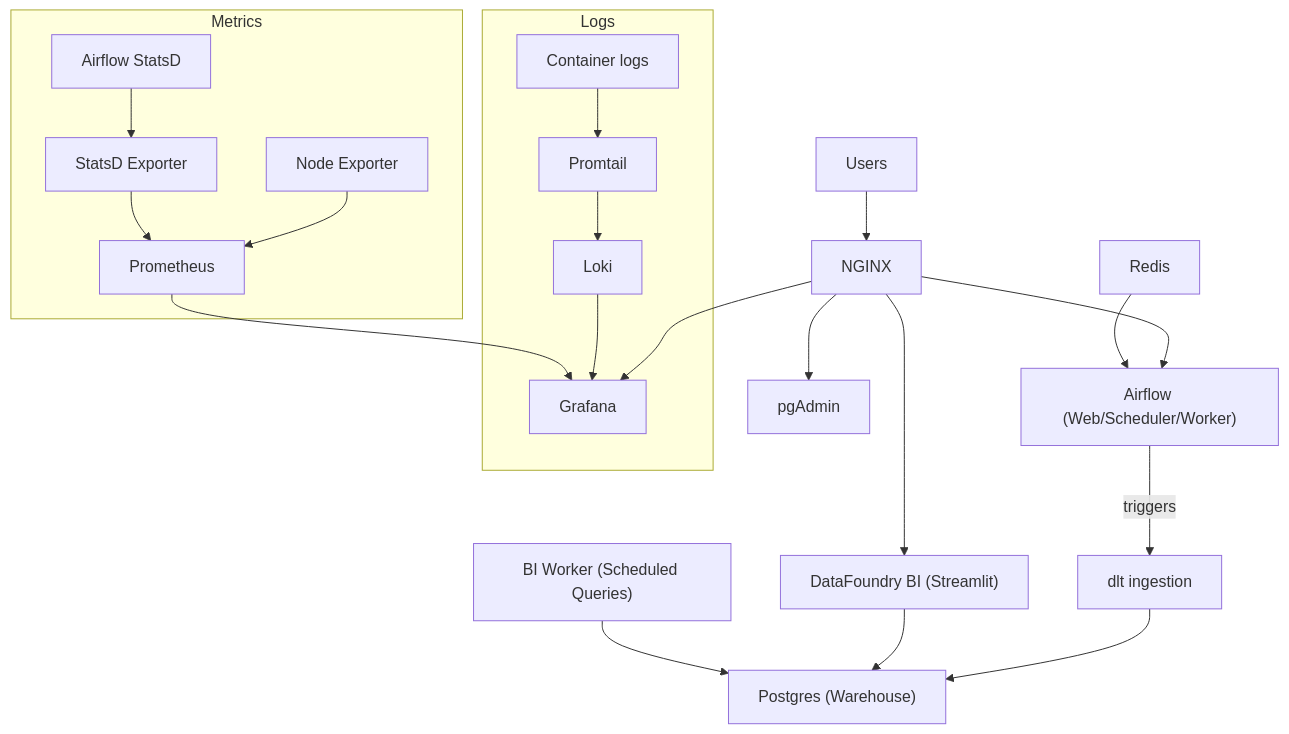
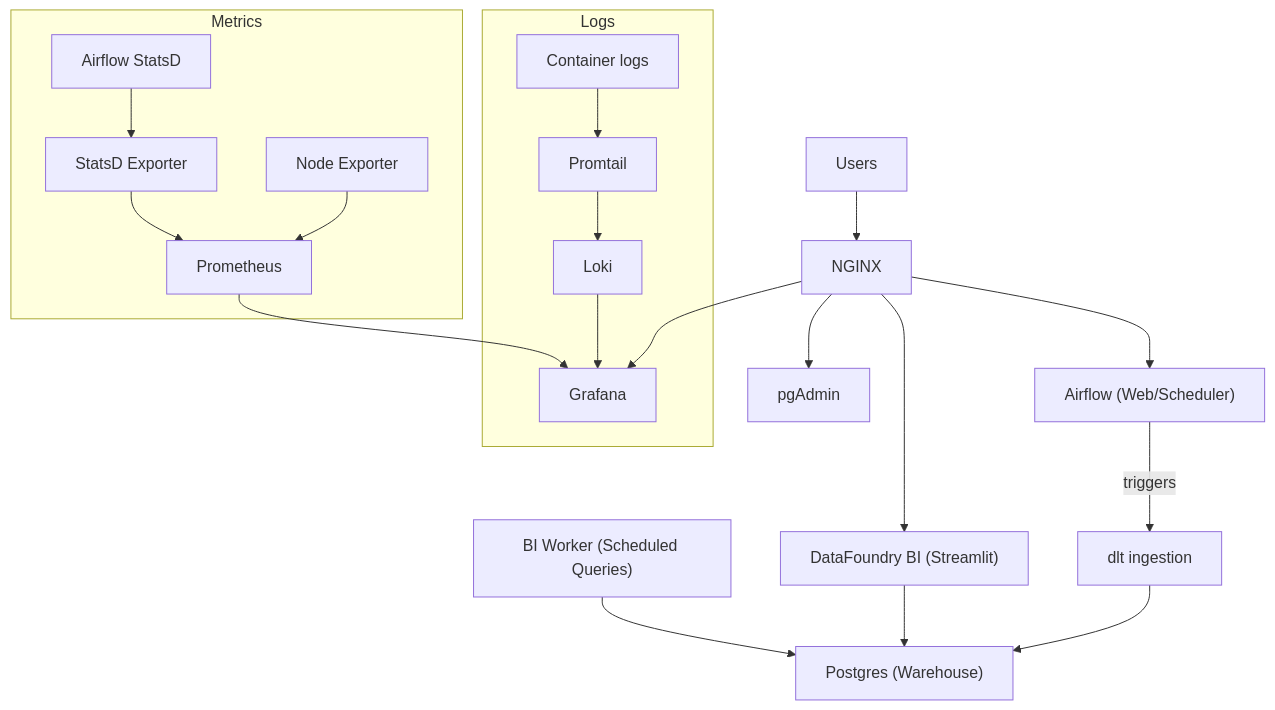
The diagram in README.md (jordansgoodman/DataFoundry), drawn with Mermaid before and after one commit. The commit also changed other lines of this file and 4 other files, not shown here.

````diff
--- a/README.md
+++ b/README.md
@@ -16,23 +16,22 @@
 ```mermaid
 flowchart TD
   U["Users"] --> N["NGINX"]
   N --> BI["DataFoundry BI (Streamlit)"]
-  N --> AF["Airflow (Web/Scheduler/Worker)"]
+  N --> AF["Airflow (Web/Scheduler)"]
   N --> GF["Grafana"]
   N --> PGA["pgAdmin"]
 
   AF -->|triggers| DLT["dlt ingestion"]
   DLT --> PG["Postgres (Warehouse)"]
   BI --> PG
   BIW["BI Worker (Scheduled Queries)"] --> PG
-  R["Redis"] --> AF
 
   subgraph Logs
     L["Container logs"] --> PT["Promtail"] --> LK["Loki"] --> GF
   end
 
   subgraph Metrics
     NE["Node Exporter"] --> PM["Prometheus"] --> GF
     SD["Airflow StatsD"] --> SE["StatsD Exporter"] --> PM
   end
 ```
````
